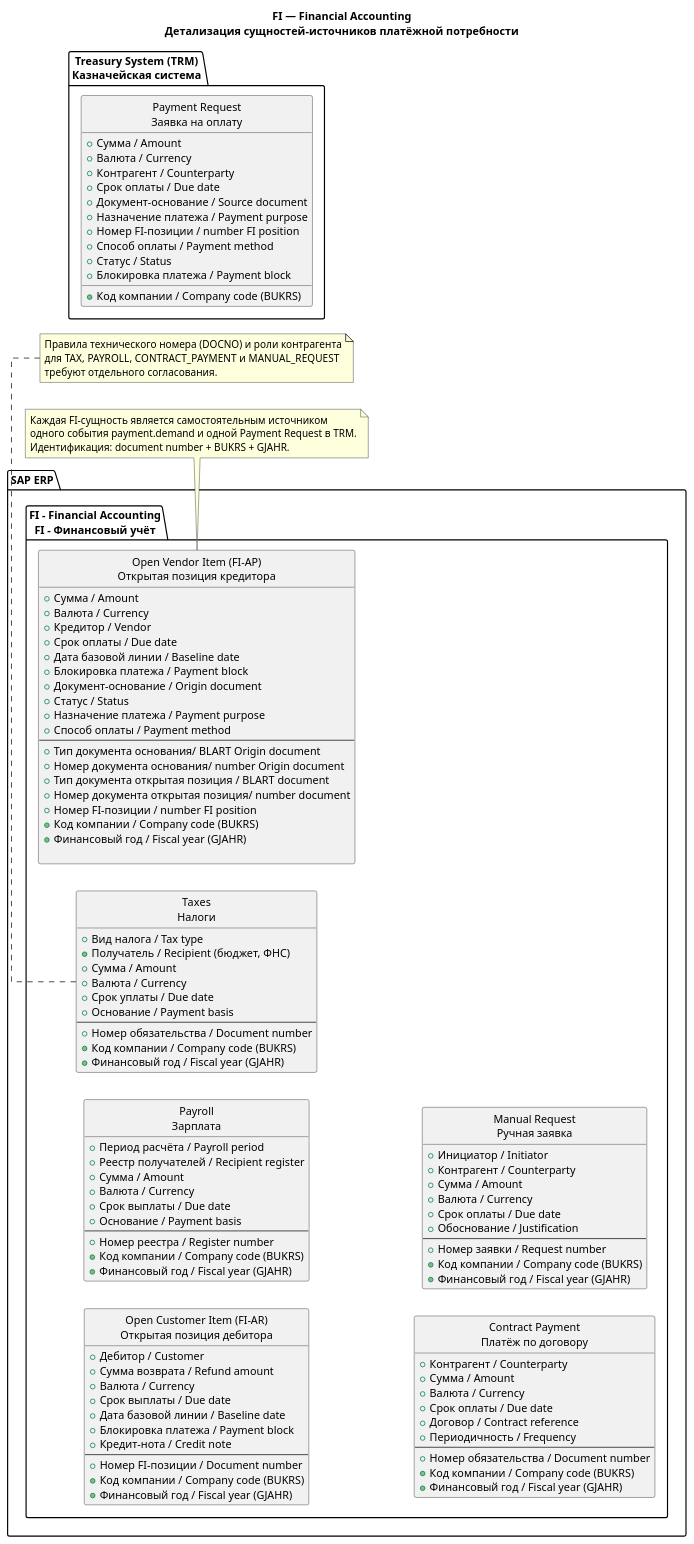
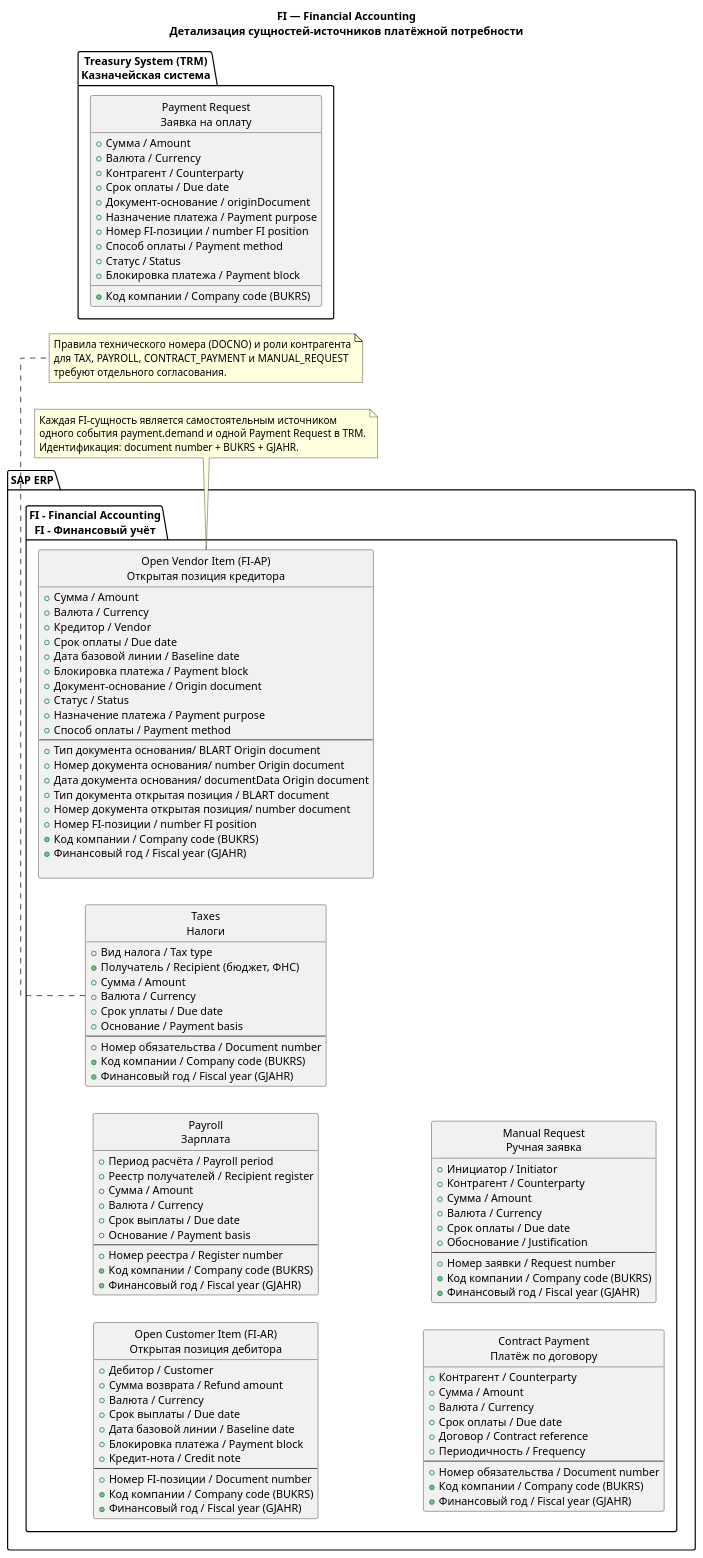
Before and after one commit to MaratDevOps/TMS: the diagram in FI_сущности.PlantUml, drawn with PlantUML. The commit also changed 6 other files, not shown here.

Commit message:
Sprint 1.0: нормализованная ER_диаграмма заявки на оплату

```diff
--- a/FI_сущности.PlantUml
+++ b/FI_сущности.PlantUml
@@ -1,129 +1,130 @@
 @startuml FI Entities
 title FI — Financial Accounting\nДетализация сущностей-источников платёжной потребности
 
 left to right direction
 skinparam linetype ortho
 hide circle
 hide empty members
 
 package "SAP ERP" {
     package "FI - Financial Accounting\nFI - Финансовый учёт" {
         class "Open Vendor Item (FI-AP)\nОткрытая позиция кредитора" as FI_AP {
             + Сумма / Amount
             + Валюта / Currency
             + Кредитор / Vendor
             + Срок оплаты / Due date
             + Дата базовой линии / Baseline date
             + Блокировка платежа / Payment block
             + Документ-основание / Origin document
             + Статус / Status
             + Назначение платежа / Payment purpose
             + Способ оплаты / Payment method
             --
             + Тип документа основания/ BLART Origin document
             + Номер документа основания/ number Origin document
+            + Дата документа основания/ documentData Origin document
             + Тип документа открытая позиция / BLART document
             + Номер документа открытая позиция/ number document
             + Номер FI-позиции / number FI position
             + Код компании / Company code (BUKRS)
             + Финансовый год / Fiscal year (GJAHR)
          
         }
 
         class "Open Customer Item (FI-AR)\nОткрытая позиция дебитора" as FI_AR {
             + Дебитор / Customer
             + Сумма возврата / Refund amount
             + Валюта / Currency
             + Срок выплаты / Due date
             + Дата базовой линии / Baseline date
             + Блокировка платежа / Payment block
             + Кредит-нота / Credit note
             --
             + Номер FI-позиции / Document number
             + Код компании / Company code (BUKRS)
             + Финансовый год / Fiscal year (GJAHR)
         }
 
         class "Taxes\nНалоги" as FI_TAX {
             + Вид налога / Tax type
             + Получатель / Recipient (бюджет, ФНС)
             + Сумма / Amount
             + Валюта / Currency
             + Срок уплаты / Due date
             + Основание / Payment basis
             --
             + Номер обязательства / Document number
             + Код компании / Company code (BUKRS)
             + Финансовый год / Fiscal year (GJAHR)
         }
 
         class "Payroll\nЗарплата" as FI_PAYROLL {
             + Период расчёта / Payroll period
             + Реестр получателей / Recipient register
             + Сумма / Amount
             + Валюта / Currency
             + Срок выплаты / Due date
             + Основание / Payment basis
             --
             + Номер реестра / Register number
             + Код компании / Company code (BUKRS)
             + Финансовый год / Fiscal year (GJAHR)
         }
 
         class "Contract Payment\nПлатёж по договору" as FI_CONTRACT {
             + Контрагент / Counterparty
             + Сумма / Amount
             + Валюта / Currency
             + Срок оплаты / Due date
             + Договор / Contract reference
             + Периодичность / Frequency
             --
             + Номер обязательства / Document number
             + Код компании / Company code (BUKRS)
             + Финансовый год / Fiscal year (GJAHR)
         }
 
         class "Manual Request\nРучная заявка" as FI_MANUAL {
             + Инициатор / Initiator
             + Контрагент / Counterparty
             + Сумма / Amount
             + Валюта / Currency
             + Срок оплаты / Due date
             + Обоснование / Justification
             --
             + Номер заявки / Request number
             + Код компании / Company code (BUKRS)
             + Финансовый год / Fiscal year (GJAHR)
         }
     }
 }
 
 package "Treasury System (TRM)\nКазначейская система" {
     class "Payment Request\nЗаявка на оплату" as PR {
         + Сумма / Amount
         + Валюта / Currency
         + Контрагент / Counterparty
         + Срок оплаты / Due date
         + Код компании / Company code (BUKRS)
-        + Документ-основание / Source document
+        + Документ-основание / originDocument
         + Назначение платежа / Payment purpose
         + Номер FI-позиции / number FI position
         + Способ оплаты / Payment method
         + Статус / Status
         + Блокировка платежа / Payment block 
     }
 }
 
 note bottom of FI_AP
   Каждая FI-сущность является самостоятельным источником
   одного события payment.demand и одной Payment Request в TRM.
   Идентификация: document number + BUKRS + GJAHR.
 end note
 
 note bottom of FI_TAX
   Правила технического номера (DOCNO) и роли контрагента
   для TAX, PAYROLL, CONTRACT_PAYMENT и MANUAL_REQUEST
   требуют отдельного согласования.
 end note
 
 @enduml
```
